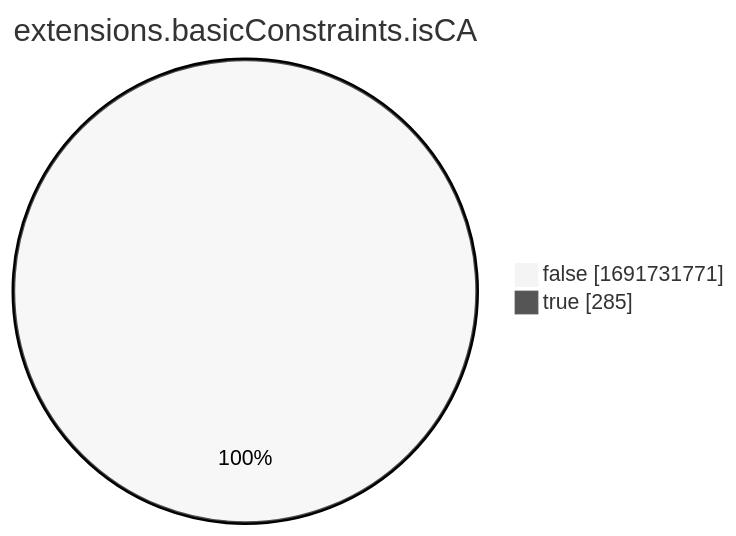
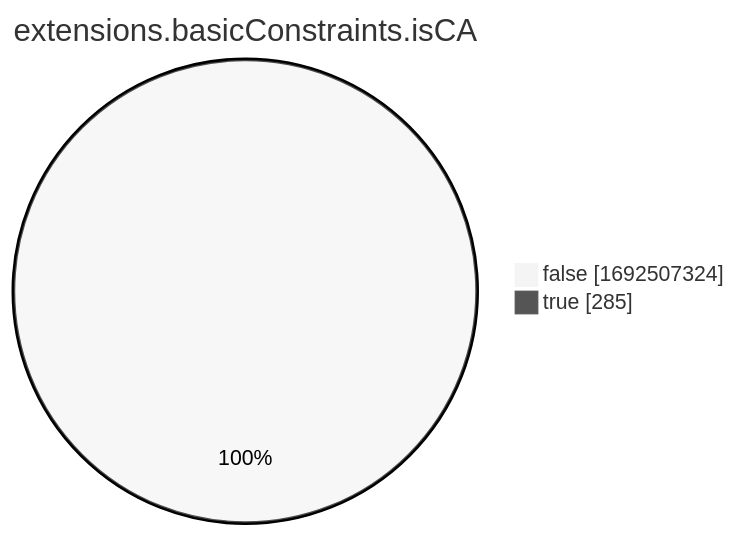
Before and after one commit to christiankrug/ctmonitor_visualization: the eighth of 15 diagrams in xenon2022/README.md, drawn with Mermaid (neutral theme). The commit also changed other lines of this file, not shown here.

````diff
--- a/xenon2022/README.md
+++ b/xenon2022/README.md
@@ -2865,6 +2865,6 @@
 ```mermaid
 pie showData
 title extensions.basicConstraints.isCA
-"false" :1691731771
+"false" :1692507324
 "true" :285
 ```
````
